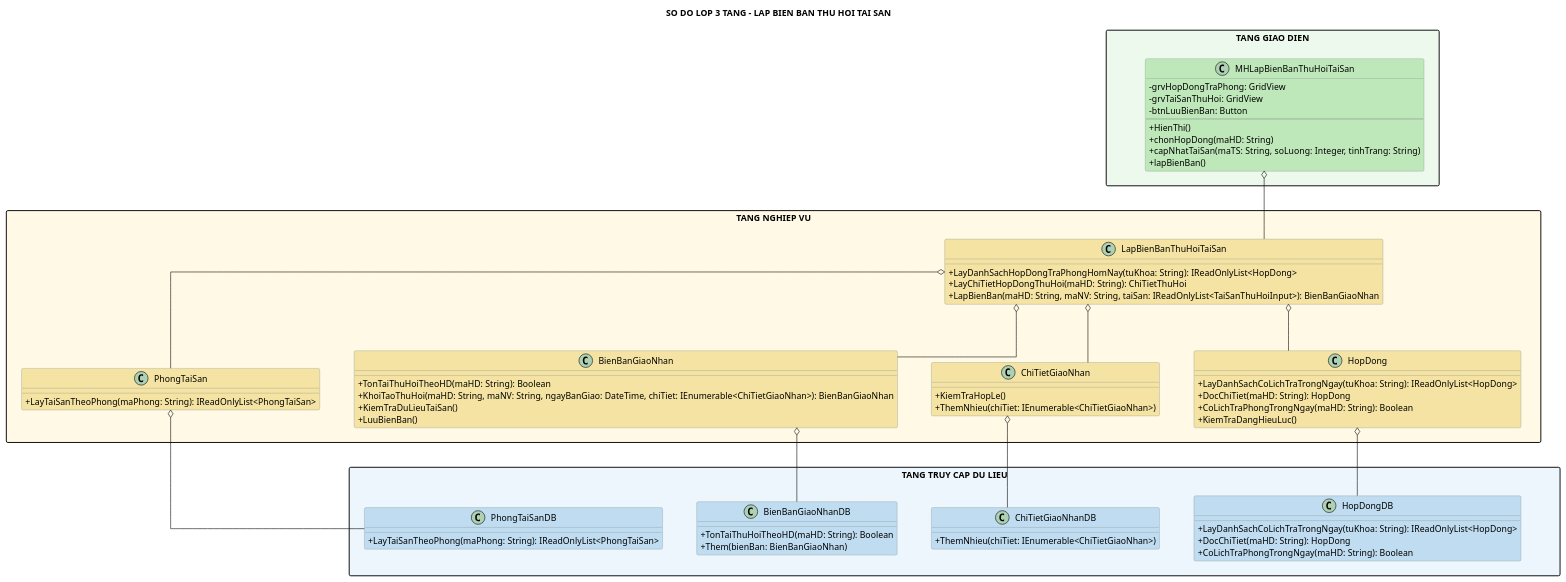
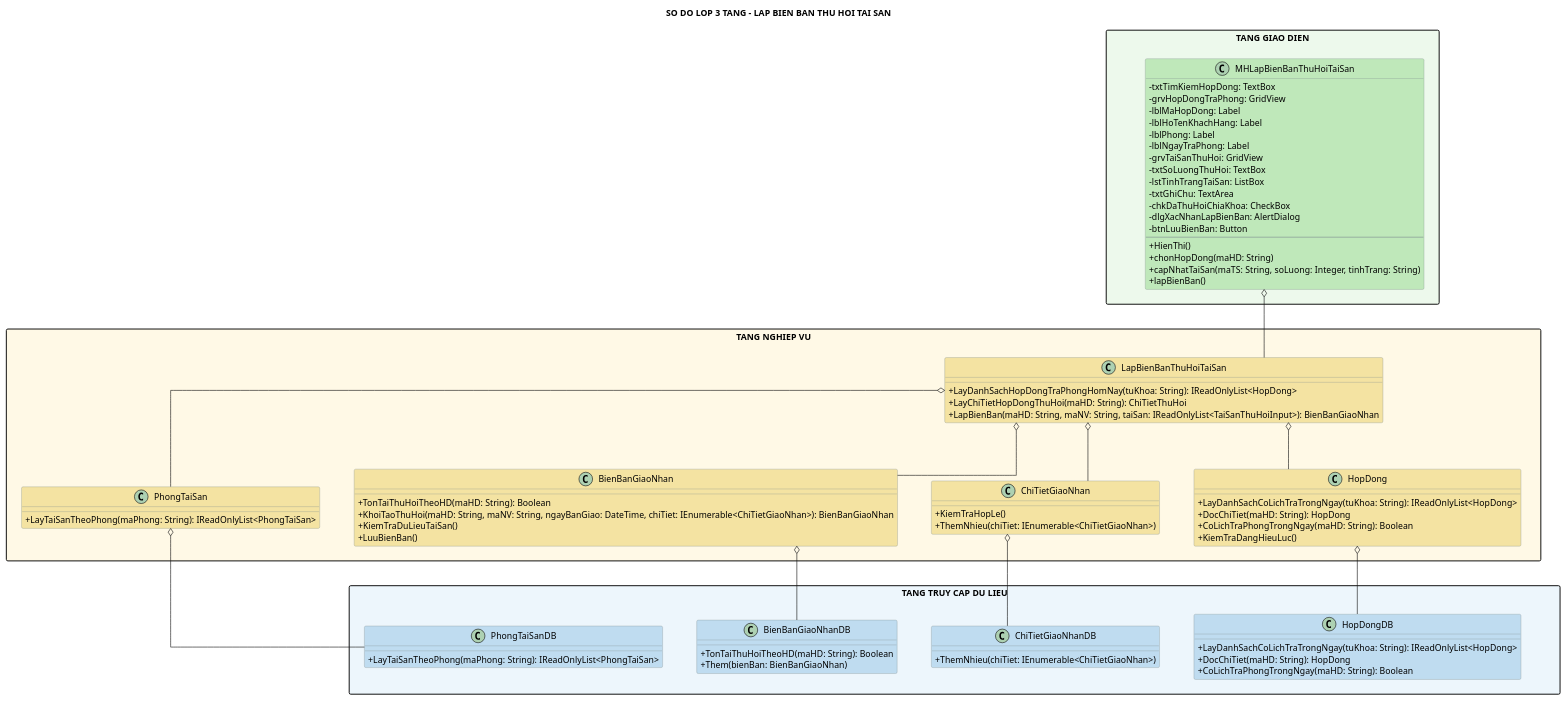
The diagram in docs/uml/lap-bien-ban-thu-hoi-tai-san-class.puml (Ming1309/HomeStay-Dorm), drawn with PlantUML before and after one commit. The commit also changed 64 other files, not shown here.

Commit message:
feat(uml): add validation script to enforce UML consistency and fix diagnostic errors

```diff
--- a/docs/uml/lap-bien-ban-thu-hoi-tai-san-class.puml
+++ b/docs/uml/lap-bien-ban-thu-hoi-tai-san-class.puml
@@ -1,82 +1,92 @@
 @startuml
 title SO DO LOP 3 TANG - LAP BIEN BAN THU HOI TAI SAN
 top to bottom direction
 skinparam shadowing false
 skinparam linetype ortho
 skinparam nodesep 55
 skinparam ranksep 75
 skinparam packageStyle rectangle
 skinparam classAttributeIconSize 0
 skinparam class {
   BorderColor #7F8C8D
 }
 
 package "TANG GIAO DIEN" as GUI_LAYER #EDF9EC {
   class MHLapBienBanThuHoiTaiSan #BFE8BA {
+    - txtTimKiemHopDong: TextBox
     - grvHopDongTraPhong: GridView
+    - lblMaHopDong: Label
+    - lblHoTenKhachHang: Label
+    - lblPhong: Label
+    - lblNgayTraPhong: Label
     - grvTaiSanThuHoi: GridView
+    - txtSoLuongThuHoi: TextBox
+    - lstTinhTrangTaiSan: ListBox
+    - txtGhiChu: TextArea
+    - chkDaThuHoiChiaKhoa: CheckBox
+    - dlgXacNhanLapBienBan: AlertDialog
     - btnLuuBienBan: Button
     --
     + HienThi()
     + chonHopDong(maHD: String)
     + capNhatTaiSan(maTS: String, soLuong: Integer, tinhTrang: String)
     + lapBienBan()
   }
 }
 package "TANG NGHIEP VU" as BUS_LAYER #FFF9E6 {
   class LapBienBanThuHoiTaiSan #F4E3A2 {
     + LayDanhSachHopDongTraPhongHomNay(tuKhoa: String): IReadOnlyList<HopDong>
     + LayChiTietHopDongThuHoi(maHD: String): ChiTietThuHoi
     + LapBienBan(maHD: String, maNV: String, taiSan: IReadOnlyList<TaiSanThuHoiInput>): BienBanGiaoNhan
   }
   class HopDong #F4E3A2 {
     + LayDanhSachCoLichTraTrongNgay(tuKhoa: String): IReadOnlyList<HopDong>
     + DocChiTiet(maHD: String): HopDong
     + CoLichTraPhongTrongNgay(maHD: String): Boolean
     + KiemTraDangHieuLuc()
   }
   class PhongTaiSan #F4E3A2 {
     + LayTaiSanTheoPhong(maPhong: String): IReadOnlyList<PhongTaiSan>
   }
   class BienBanGiaoNhan #F4E3A2 {
     + TonTaiThuHoiTheoHD(maHD: String): Boolean
     + KhoiTaoThuHoi(maHD: String, maNV: String, ngayBanGiao: DateTime, chiTiet: IEnumerable<ChiTietGiaoNhan>): BienBanGiaoNhan
     + KiemTraDuLieuTaiSan()
     + LuuBienBan()
   }
   class ChiTietGiaoNhan #F4E3A2 {
     + KiemTraHopLe()
     + ThemNhieu(chiTiet: IEnumerable<ChiTietGiaoNhan>)
   }
 }
 package "TANG TRUY CAP DU LIEU" as DAL_LAYER #EDF6FC {
   class HopDongDB #BFDCF0 {
     + LayDanhSachCoLichTraTrongNgay(tuKhoa: String): IReadOnlyList<HopDong>
     + DocChiTiet(maHD: String): HopDong
     + CoLichTraPhongTrongNgay(maHD: String): Boolean
   }
   class PhongTaiSanDB #BFDCF0 {
     + LayTaiSanTheoPhong(maPhong: String): IReadOnlyList<PhongTaiSan>
   }
   class BienBanGiaoNhanDB #BFDCF0 {
     + TonTaiThuHoiTheoHD(maHD: String): Boolean
     + Them(bienBan: BienBanGiaoNhan)
   }
   class ChiTietGiaoNhanDB #BFDCF0 {
     + ThemNhieu(chiTiet: IEnumerable<ChiTietGiaoNhan>)
   }
 }
 GUI_LAYER -[hidden]down- BUS_LAYER
 BUS_LAYER -[hidden]down- DAL_LAYER
 MHLapBienBanThuHoiTaiSan o-down- LapBienBanThuHoiTaiSan
 LapBienBanThuHoiTaiSan o-- HopDong
 LapBienBanThuHoiTaiSan o-- PhongTaiSan
 LapBienBanThuHoiTaiSan o-- BienBanGiaoNhan
 LapBienBanThuHoiTaiSan o-- ChiTietGiaoNhan
 HopDong o-down- HopDongDB
 PhongTaiSan o-down- PhongTaiSanDB
 BienBanGiaoNhan o-down- BienBanGiaoNhanDB
 ChiTietGiaoNhan o-down- ChiTietGiaoNhanDB
 LapBienBanThuHoiTaiSan -[hidden]down- HopDongDB
 ChiTietGiaoNhan -[hidden]down- HopDongDB
 @enduml
```
